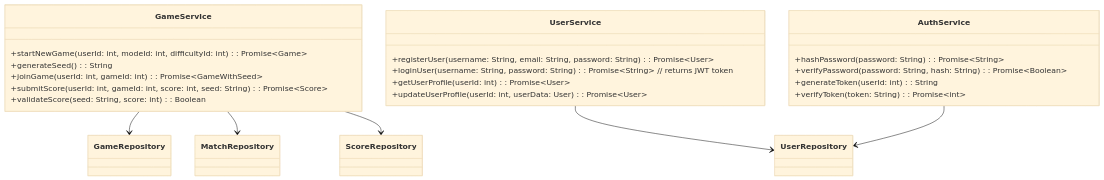
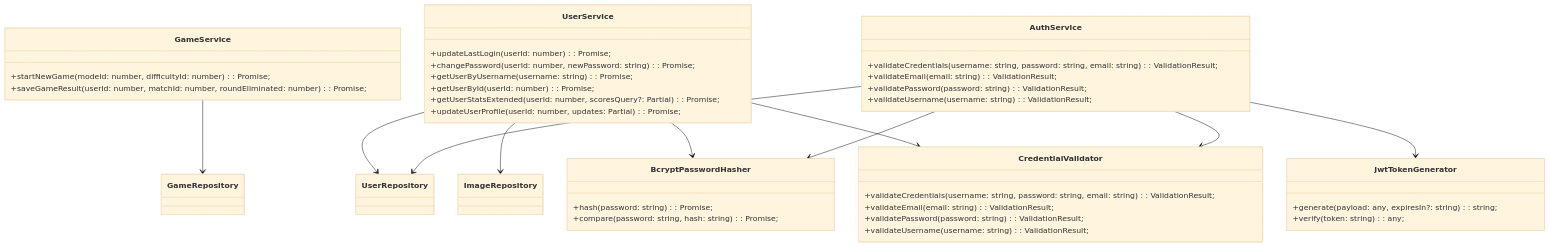
One commit to GitDevla/infinite-simon changed the fifth of 6 diagrams in docs/system-design.md. Above: the diagram before and after it, drawn with Mermaid (base theme). The commit also changed other lines of this file and 2 other files, not shown here.

````diff
--- a/docs/system-design.md
+++ b/docs/system-design.md
@@ -222,30 +225,51 @@
 ```mermaid
 classDiagram
     class GameService {
-        +startNewGame(userId: int, modeId: int, difficultyId: int): Promise~Game~
-        +generateSeed(): String
-        +joinGame(userId: int, gameId: int): Promise~GameWithSeed~
-        +submitScore(userId: int, gameId: int, score: int, seed: String): Promise~Score~
-        +validateScore(seed: String, score: int): Boolean
+        +startNewGame(modeId: number, difficultyId: number): Promise<MatchResult>;
+        +saveGameResult(userId: number, matchId: number, roundEliminated: number): Promise<void>;
     }   
 
     class UserService {
-        +registerUser(username: String, email: String, password: String): Promise~User~
-        +loginUser(username: String, password: String): Promise~String~ // returns JWT token
-        +getUserProfile(userId: int): Promise~User~
-        +updateUserProfile(userId: int, userData: User): Promise~User~
+        +updateLastLogin(userId: number): Promise<void>;
+        +changePassword(userId: number, newPassword: string): Promise<void>;
+        +getUserByUsername(username: string): Promise<User | null>;
+        +getUserById(userId: number): Promise<User | null>;
+        +getUserStatsExtended(userId: number, scoresQuery?: Partial<UserScoresQuery>): Promise<UserStatsExtended>;
+        +updateUserProfile(userId: number, updates: Partial<UserProfileUpdate>): Promise<User>;
     }   
 
     class AuthService {
-        +hashPassword(password: String): Promise~String~
-        +verifyPassword(password: String, hash: String): Promise~Boolean~
-        +generateToken(userId: int): String
-        +verifyToken(token: String): Promise~int~
+        +validateCredentials(username: string, password: string, email: string): ValidationResult;
+        +validateEmail(email: string): ValidationResult;
+        +validatePassword(password: string): ValidationResult;
+        +validateUsername(username: string): ValidationResult;
     }
 
+    class CredentialValidator {
+        +validateCredentials(username: string, password: string, email: string): ValidationResult;
+        +validateEmail(email: string): ValidationResult;
+        +validatePassword(password: string): ValidationResult;
+        +validateUsername(username: string): ValidationResult;
+    }
+
+    class JwtTokenGenerator{
+        +generate(payload: any, expiresIn?: string): string;
+        +verify(token: string): any;
+    }
+
+    class BcryptPasswordHasher {
+        +hash(password: string): Promise<string>;
+        +compare(password: string, hash: string): Promise<boolean>;
+    }
+    
+
     GameService --> GameRepository
-    GameService --> MatchRepository
-    GameService --> ScoreRepository
     UserService --> UserRepository
+    UserService --> ImageRepository
+    UserService --> BcryptPasswordHasher
+    UserService --> CredentialValidator
     AuthService --> UserRepository
+    AuthService --> CredentialValidator
+    AuthService --> BcryptPasswordHasher
+    AuthService --> JwtTokenGenerator
 ```
````
